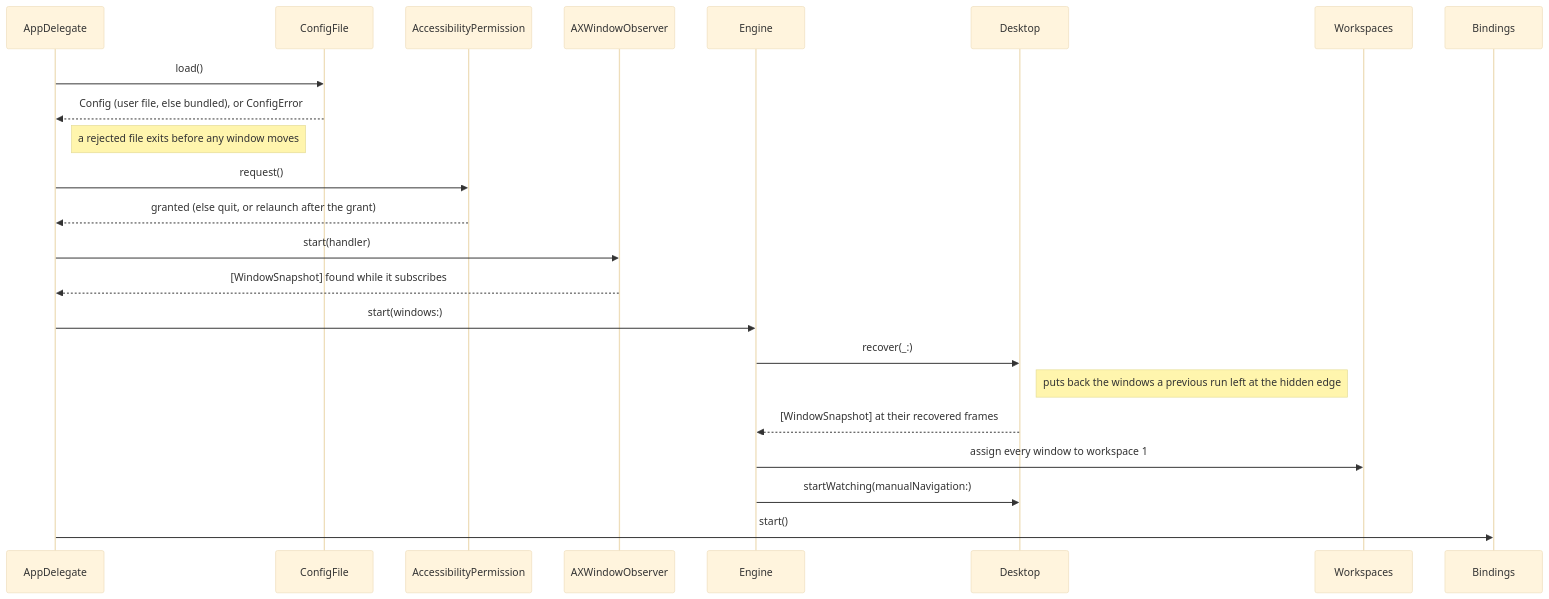
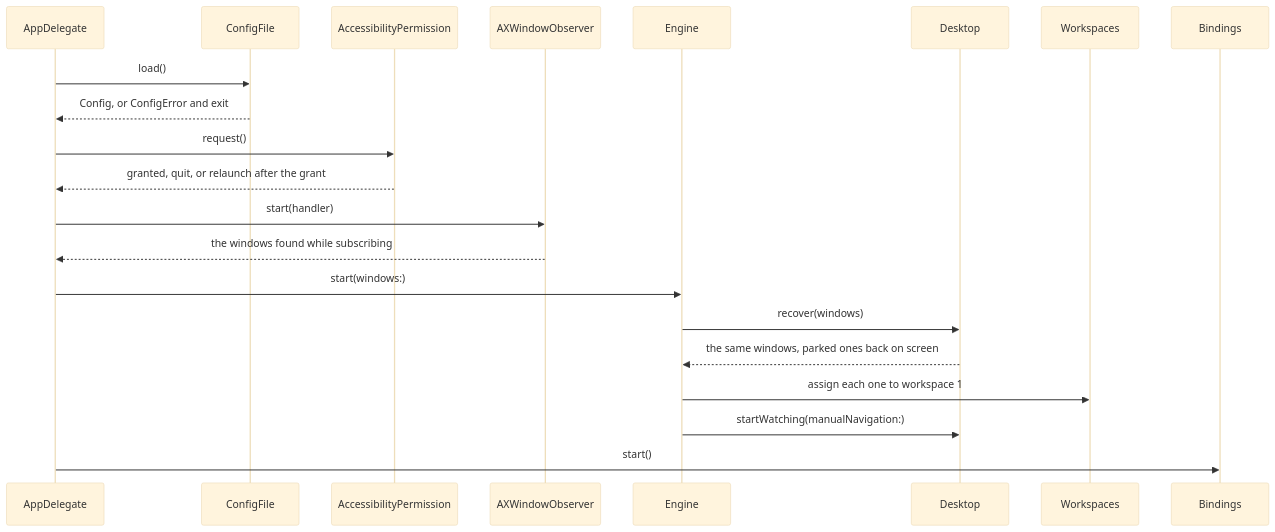
Before and after one commit to brennovich/ottowm: the seventh of 16 diagrams in ARCHITECTURE.md, drawn with Mermaid (base theme). The commit also changed other lines of this file, not shown here.

First line of the commit message:
Restructure ARCHITECTURE.md around C4 levels

````diff
--- a/ARCHITECTURE.md
+++ b/ARCHITECTURE.md
@@ -109,17 +145,15 @@
 ```mermaid
 sequenceDiagram
     AppDelegate->>ConfigFile: load()
-    ConfigFile-->>AppDelegate: Config (user file, else bundled), or ConfigError
-    Note right of AppDelegate: a rejected file exits before any window moves
+    ConfigFile-->>AppDelegate: Config, or ConfigError and exit
     AppDelegate->>AccessibilityPermission: request()
-    AccessibilityPermission-->>AppDelegate: granted (else quit, or relaunch after the grant)
+    AccessibilityPermission-->>AppDelegate: granted, quit, or relaunch after the grant
     AppDelegate->>AXWindowObserver: start(handler)
-    AXWindowObserver-->>AppDelegate: [WindowSnapshot] found while it subscribes
+    AXWindowObserver-->>AppDelegate: the windows found while subscribing
     AppDelegate->>Engine: start(windows:)
-    Engine->>Desktop: recover(_:)
-    Note right of Desktop: puts back the windows a previous run left at the hidden edge
-    Desktop-->>Engine: [WindowSnapshot] at their recovered frames
-    Engine->>Workspaces: assign every window to workspace 1
+    Engine->>Desktop: recover(windows)
+    Desktop-->>Engine: the same windows, parked ones back on screen
+    Engine->>Workspaces: assign each one to workspace 1
     Engine->>Desktop: startWatching(manualNavigation:)
     AppDelegate->>Bindings: start()
 ```
````
